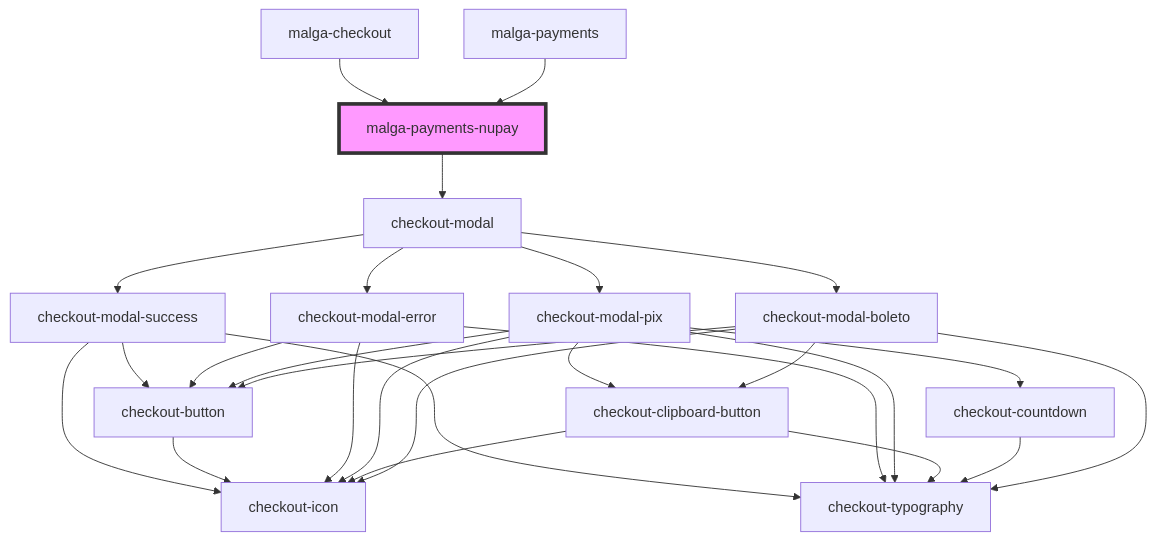
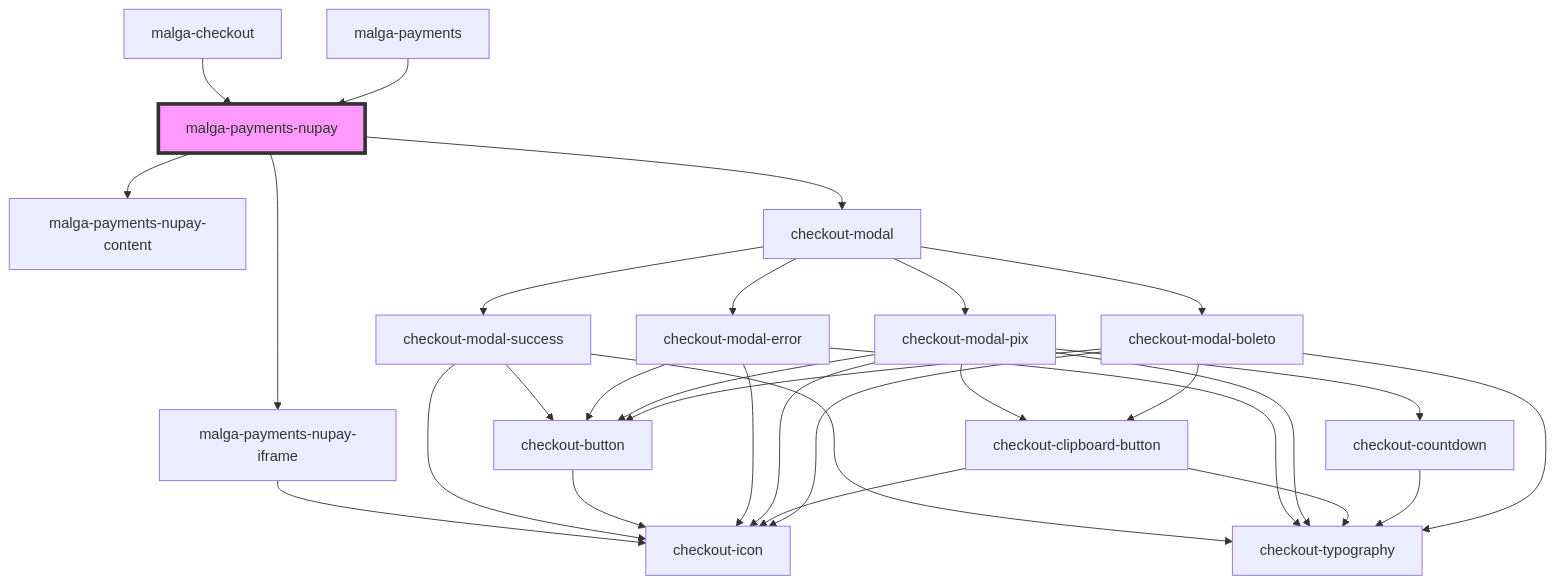
One commit to plughacker/malga-checkout changed the diagram in packages/checkout/core/src/components/malga-payments-nupay/readme.md. Above: the diagram before and after it, drawn with Mermaid. The commit also changed other lines of this file and 27 other files, not shown here.

````diff
--- a/packages/checkout/core/src/components/malga-payments-nupay/readme.md
+++ b/packages/checkout/core/src/components/malga-payments-nupay/readme.md
@@ -20,30 +22,33 @@
 ```mermaid
 graph TD;
+  malga-payments-nupay --> malga-payments-nupay-content
+  malga-payments-nupay --> malga-payments-nupay-iframe
   malga-payments-nupay --> checkout-modal
+  malga-payments-nupay-iframe --> checkout-icon
   checkout-modal --> checkout-modal-success
   checkout-modal --> checkout-modal-error
   checkout-modal --> checkout-modal-pix
   checkout-modal --> checkout-modal-boleto
   checkout-modal-success --> checkout-icon
   checkout-modal-success --> checkout-typography
   checkout-modal-success --> checkout-button
   checkout-button --> checkout-icon
   checkout-modal-error --> checkout-icon
   checkout-modal-error --> checkout-typography
   checkout-modal-error --> checkout-button
   checkout-modal-pix --> checkout-icon
   checkout-modal-pix --> checkout-typography
   checkout-modal-pix --> checkout-clipboard-button
   checkout-modal-pix --> checkout-button
   checkout-modal-pix --> checkout-countdown
   checkout-clipboard-button --> checkout-icon
   checkout-clipboard-button --> checkout-typography
   checkout-countdown --> checkout-typography
   checkout-modal-boleto --> checkout-icon
   checkout-modal-boleto --> checkout-typography
   checkout-modal-boleto --> checkout-clipboard-button
   checkout-modal-boleto --> checkout-button
   malga-checkout --> malga-payments-nupay
   malga-payments --> malga-payments-nupay
   style malga-payments-nupay fill:#f9f,stroke:#333,stroke-width:4px
 ```
````
